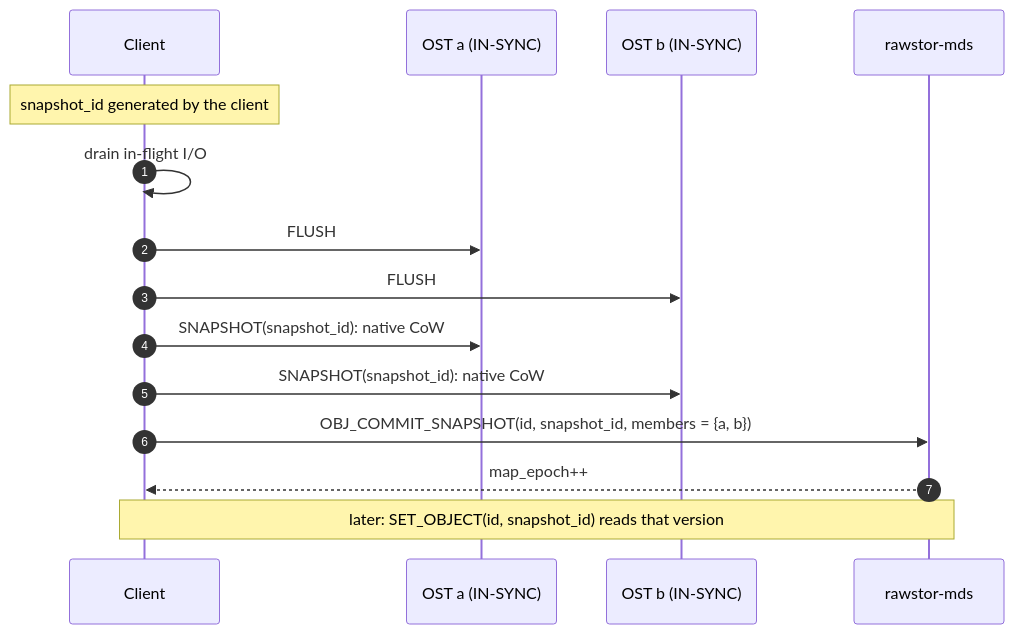
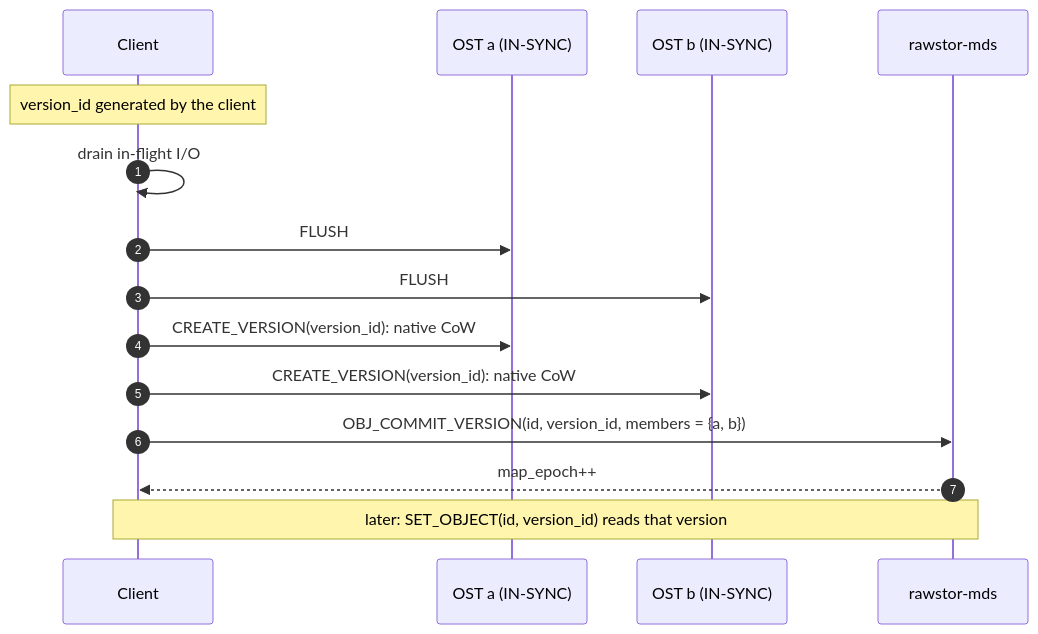
The seventh of 8 diagrams in docs/mds.md (rawstor/librawstor), drawn with Mermaid before and after one commit. The commit also changed other lines of this file and 60 other files, not shown here.

First line of the commit message:
ref: rename snapshot to version (#658)

````diff
--- a/docs/mds.md
+++ b/docs/mds.md
@@ -748,17 +748,17 @@
 ```mermaid
 sequenceDiagram
     autonumber
     participant C as Client
     participant A as OST a (IN-SYNC)
     participant B as OST b (IN-SYNC)
     participant M as rawstor-mds
-    Note over C: snapshot_id generated by the client
+    Note over C: version_id generated by the client
     C->>C: drain in-flight I/O
     C->>A: FLUSH
     C->>B: FLUSH
-    C->>A: SNAPSHOT(snapshot_id): native CoW
-    C->>B: SNAPSHOT(snapshot_id): native CoW
-    C->>M: OBJ_COMMIT_SNAPSHOT(id, snapshot_id, members = {a, b})
+    C->>A: CREATE_VERSION(version_id): native CoW
+    C->>B: CREATE_VERSION(version_id): native CoW
+    C->>M: OBJ_COMMIT_VERSION(id, version_id, members = {a, b})
     M-->>C: map_epoch++
-    Note over C,M: later: SET_OBJECT(id, snapshot_id) reads that version
+    Note over C,M: later: SET_OBJECT(id, version_id) reads that version
 ```
````
